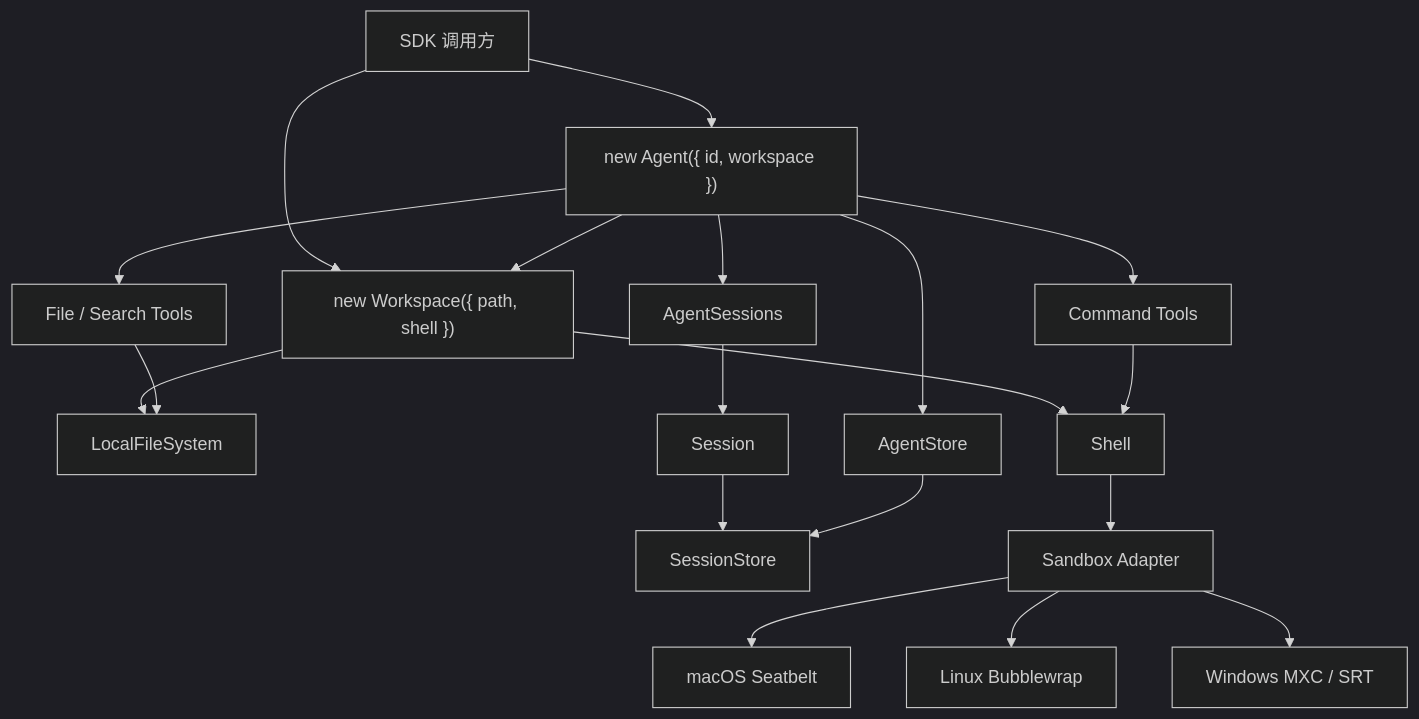
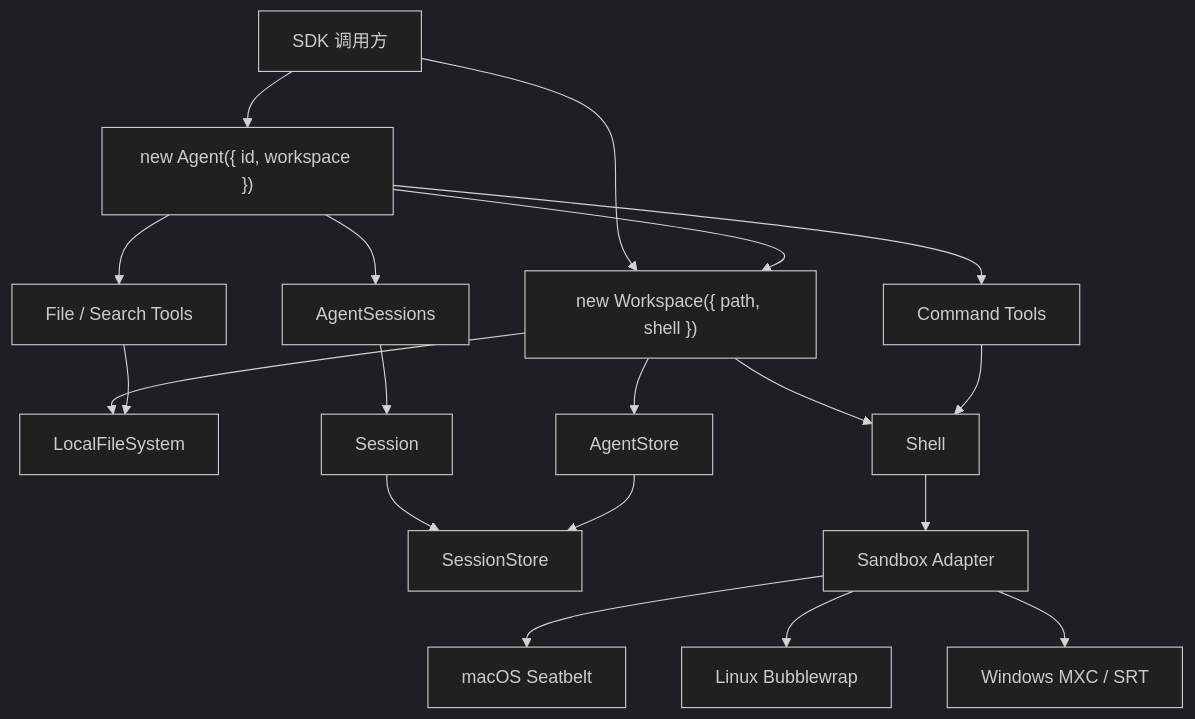
The diagram in docs/agent-runtime-architecture.md (genesiscosmos/downcity), drawn with Mermaid (dark theme) before and after one commit. The commit also changed other lines of this file and 29 other files, not shown here.

Commit message:
feat(agent): unify workspace runtime resources

````diff
--- a/docs/agent-runtime-architecture.md
+++ b/docs/agent-runtime-architecture.md
@@ -221,25 +221,25 @@
 ```mermaid
 flowchart TD
     App["SDK 调用方"] --> Workspace["new Workspace({ path, shell })"]
     App --> Agent["new Agent({ id, workspace })"]
     Agent --> Workspace
     Workspace --> Files["LocalFileSystem"]
     Workspace --> Shell["Shell"]
-    Agent --> Store["AgentStore"]
+    Workspace --> Store["AgentStore"]
     Agent --> Sessions["AgentSessions"]
 
     Sessions --> Session["Session"]
     Session --> SessionStore["SessionStore"]
     Store --> SessionStore
 
     Agent --> FileTools["File / Search Tools"]
     FileTools --> Files
 
     Agent --> ShellTools["Command Tools"]
     ShellTools --> Shell
     Shell --> Sandbox["Sandbox Adapter"]
 
     Sandbox --> Mac["macOS Seatbelt"]
     Sandbox --> Linux["Linux Bubblewrap"]
     Sandbox --> Windows["Windows MXC / SRT"]
 ```
````
